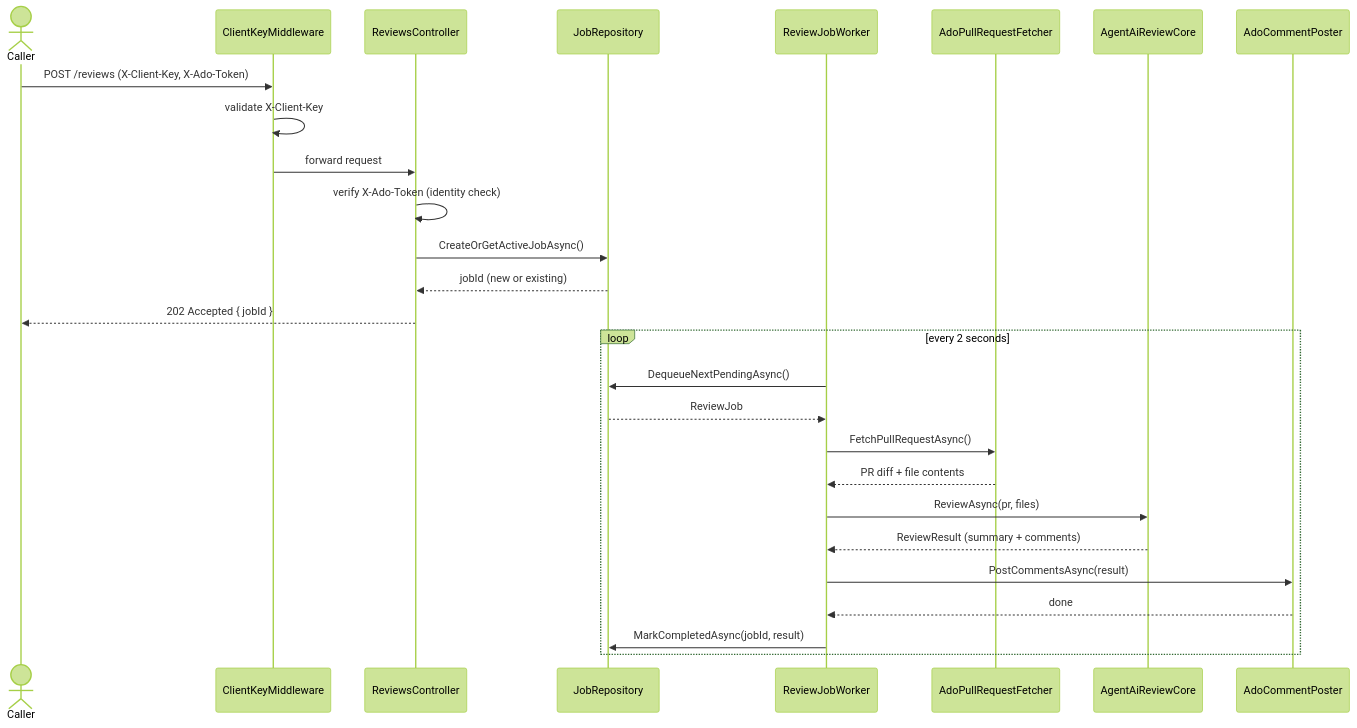
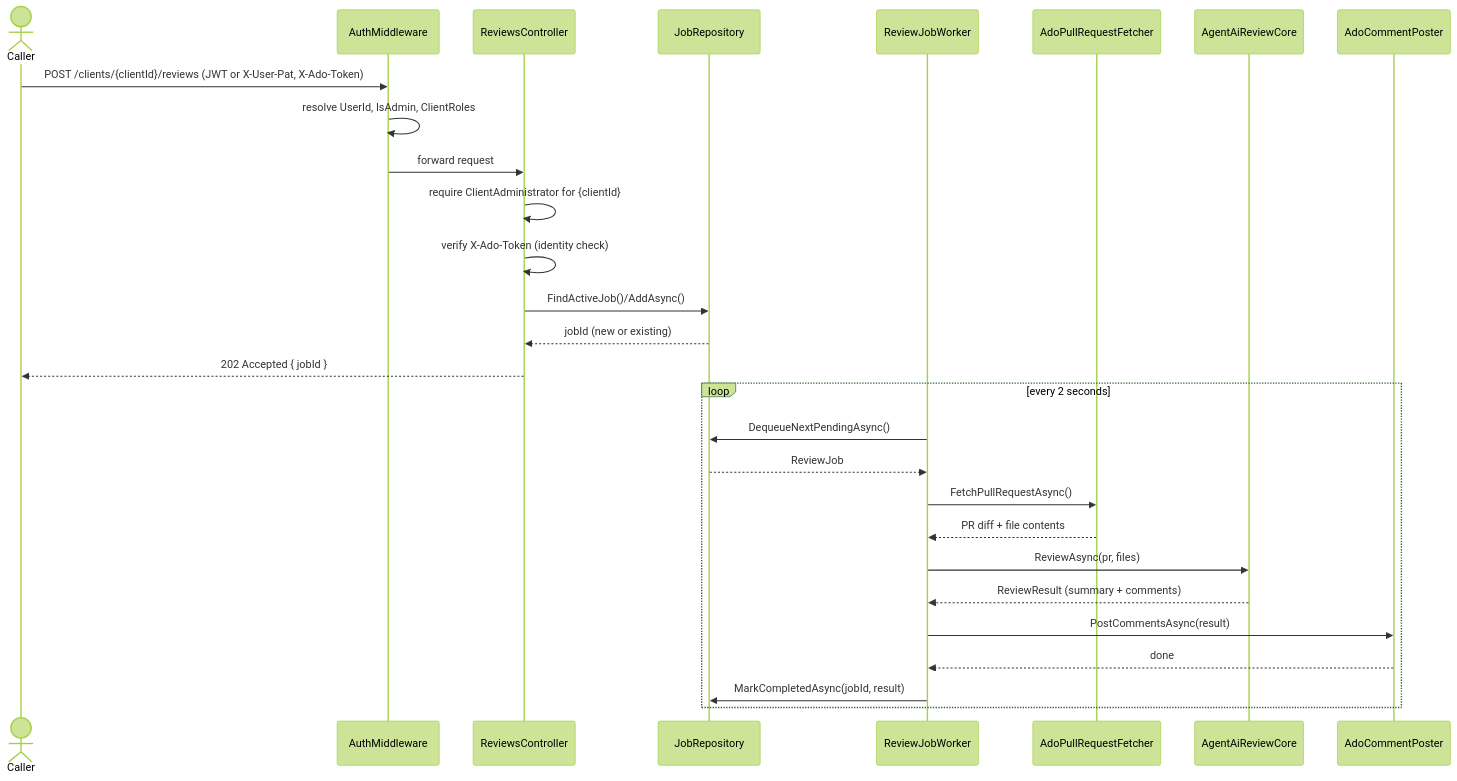
The second of 16 diagrams in docs/architecture.md (meister-dev-ai/propr), drawn with Mermaid (forest theme) before and after one commit. The commit also changed other lines of this file and 709 other files, not shown here.

First line of the commit message:
Incremental review dedup + thread-memory embeddings; add ProCursor, guided ADO, per‑tier token reporting; migrate dismissals to memory; encrypt secrets; permissions/legacy cleanup; assorted bug/perf fixes.

````diff
--- a/docs/architecture.md
+++ b/docs/architecture.md
@@ -55,31 +66,32 @@
 ```mermaid
 sequenceDiagram
     actor Caller
-    participant MW as ClientKeyMiddleware
+    participant MW as AuthMiddleware
     participant RC as ReviewsController
     participant JR as JobRepository
     participant WK as ReviewJobWorker
     participant PF as AdoPullRequestFetcher
     participant AI as AgentAiReviewCore
     participant CP as AdoCommentPoster
 
-    Caller->>MW: POST /reviews (X-Client-Key, X-Ado-Token)
-    MW->>MW: validate X-Client-Key
+    Caller->>MW: POST /clients/{clientId}/reviews (JWT or X-User-Pat, X-Ado-Token)
+    MW->>MW: resolve UserId, IsAdmin, ClientRoles
     MW->>RC: forward request
+    RC->>RC: require ClientAdministrator for {clientId}
     RC->>RC: verify X-Ado-Token (identity check)
-    RC->>JR: CreateOrGetActiveJobAsync()
+    RC->>JR: FindActiveJob()/AddAsync()
     JR-->>RC: jobId (new or existing)
     RC-->>Caller: 202 Accepted { jobId }
 
     loop every 2 seconds
         WK->>JR: DequeueNextPendingAsync()
         JR-->>WK: ReviewJob
         WK->>PF: FetchPullRequestAsync()
         PF-->>WK: PR diff + file contents
         WK->>AI: ReviewAsync(pr, files)
         AI-->>WK: ReviewResult (summary + comments)
         WK->>CP: PostCommentsAsync(result)
         CP-->>WK: done
         WK->>JR: MarkCompletedAsync(jobId, result)
     end
 ```
````
